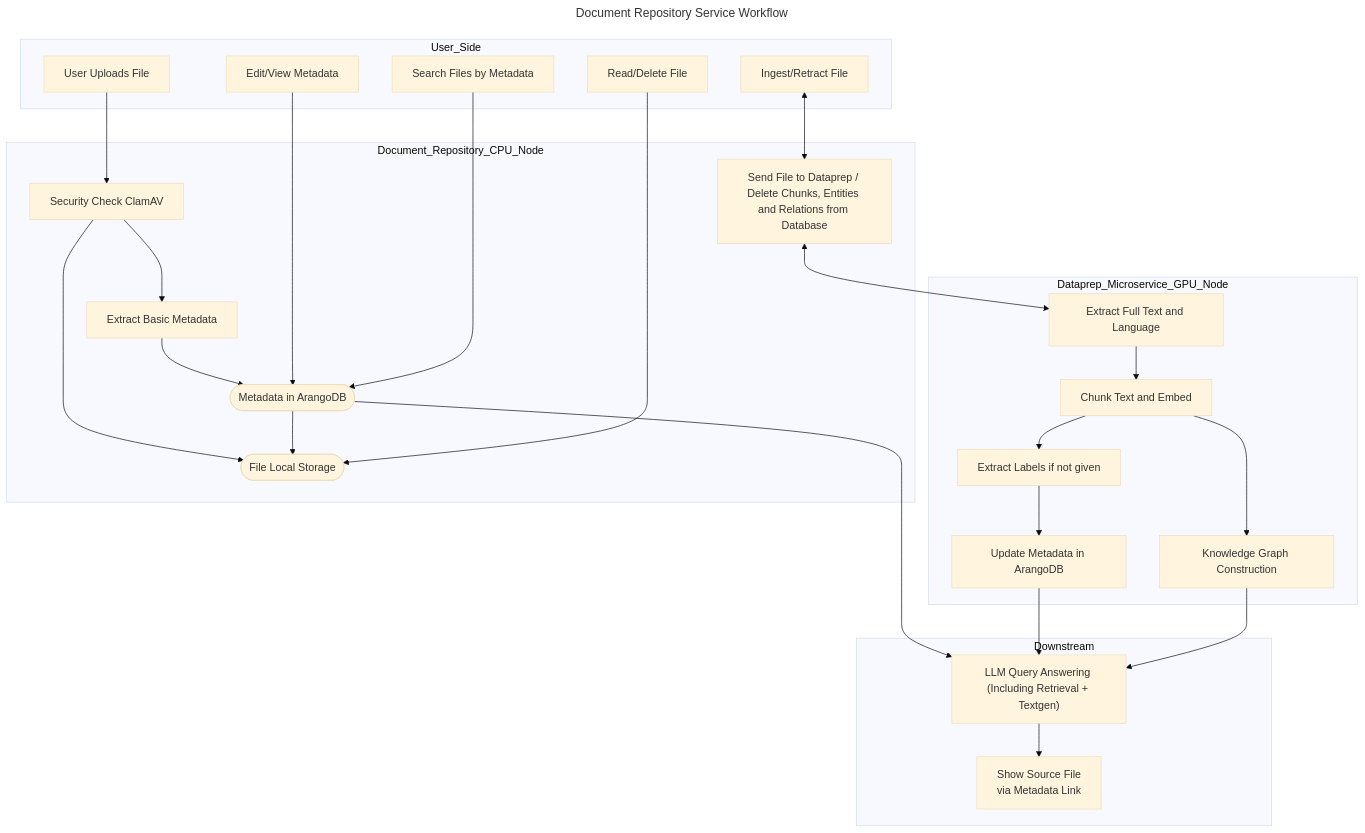
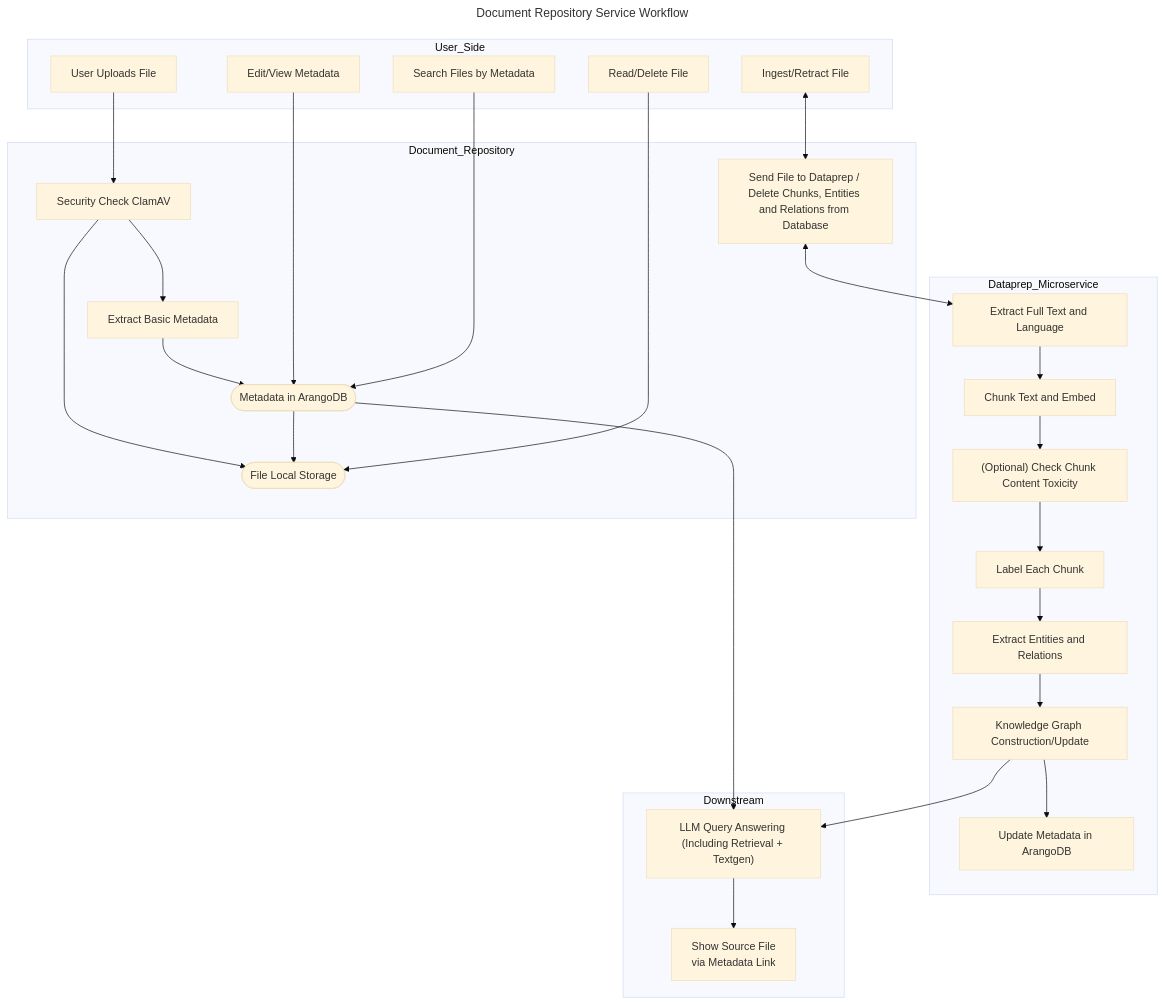
One commit to jrevillard/genie-ai-replica changed the second of 2 diagrams in components/document-repository/README.md. Above: the diagram before and after it, drawn with Mermaid. The commit also changed other lines of this file and 3 other files, not shown here.

Commit message:
Update readme files for document repository

````diff
--- a/components/document-repository/README.md
+++ b/components/document-repository/README.md
@@ -33,50 +33,53 @@
 ```mermaid
 ---
 config:
   layout: dagre,
   theme: base
 title: Document Repository Service Workflow
 ---
 flowchart TD
- subgraph User_Side["User_Side"]
+subgraph User_Side["User_Side"]
         A["User Uploads File"]
         B["Edit/View Metadata"]
         C["Search Files by Metadata"]
         D["Ingest/Retract File"]
         P["Read/Delete File"]
   end
- subgraph Document_Repository_CPU_Node["Document_Repository_CPU_Node"]
+subgraph Document_Repository_CPU_Node["Document_Repository"]
         E["Security Check ClamAV"]
         O(["File Local Storage"])
         F["Extract Basic Metadata"]
         G(["Metadata in ArangoDB"])
         H["Send File to Dataprep / Delete Chunks, Entities and Relations from Database"]
   end
- subgraph Dataprep_Microservice_GPU_Node["Dataprep_Microservice_GPU_Node"]
+subgraph Dataprep_Microservice_GPU_Node["Dataprep_Microservice"]
         I["Extract Full Text and Language"]
         J["Chunk Text and Embed"]
-        K["Extract Labels if not given"]
+        X["(Optional) Check Chunk Content Toxicity"]
+        Y["Label Each Chunk"]
+        Z["Extract Entities and Relations"]
         L["Update Metadata in ArangoDB"]
-        Q["Knowledge Graph Construction"]
+        Q["Knowledge Graph Construction/Update"]
   end
- subgraph Downstream["Downstream"]
+subgraph Downstream["Downstream"]
         N["Show Source File\nvia Metadata Link"]
         M["LLM Query Answering (Including Retrieval + Textgen)"]
   end
     A --> E
     E --> O & F
     F --> G
     B --> G
     C --> G
     G --> O & M
     D <--> H
     H <--> I
     I --> J
-    J --> K
-    K --> L
     M --> N
-    L --> M
     P --> O
-    J --> Q
     Q --> M
+    J --> X
+    X --> Y
+    Y --> Z
+    Z --> Q
+    Q --> L
 ```
````
